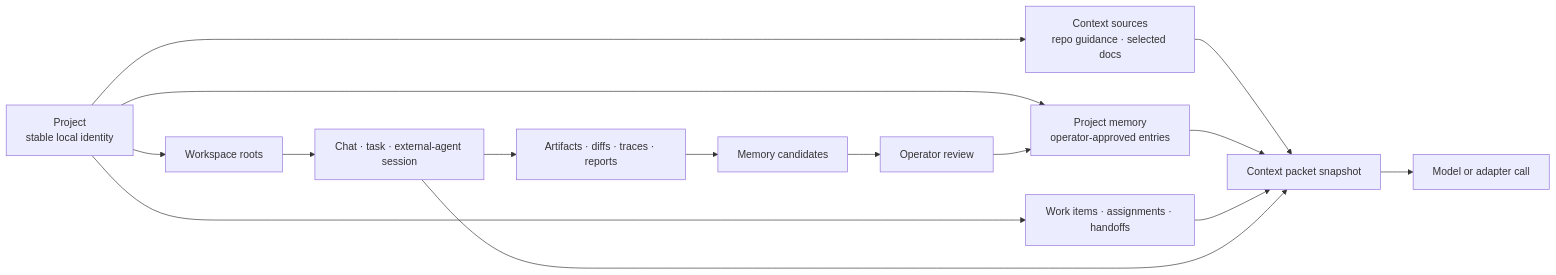
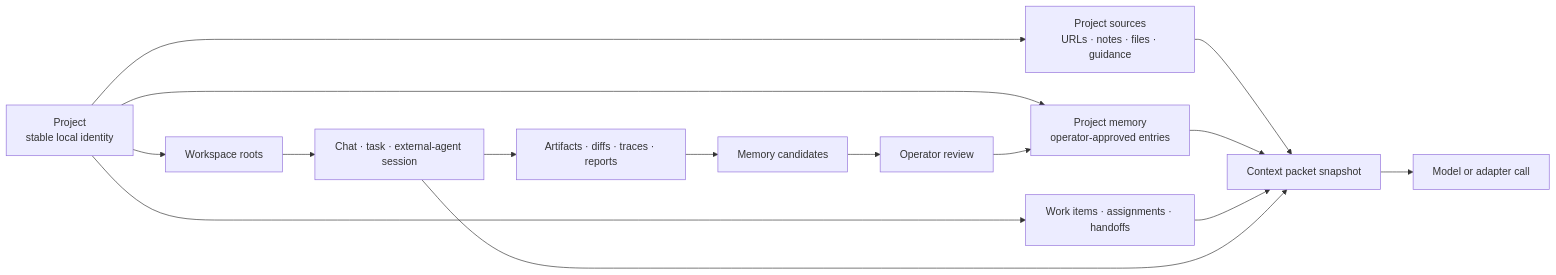
One commit to hecatehq/hecate changed the second of 2 diagrams in README.md. Above: the diagram before and after it, drawn with Mermaid. The commit also changed other lines of this file and 20 other files, not shown here.

````diff
--- a/README.md
+++ b/README.md
@@ -270,19 +270,19 @@
 ```mermaid
 flowchart LR
     Project["Project<br/>stable local identity"] --> Roots["Workspace roots"]
-    Project --> Sources["Context sources<br/>repo guidance · selected docs"]
+    Project --> Sources["Project sources<br/>URLs · notes · files · guidance"]
     Project --> Memory["Project memory<br/>operator-approved entries"]
     Project --> Work["Work items · assignments · handoffs"]
 
     Roots --> Session["Chat · task · external-agent session"]
     Sources --> Packet["Context packet snapshot"]
     Memory --> Packet
     Work --> Packet
     Session --> Packet
     Packet --> Call["Model or adapter call"]
 
     Session --> Artifacts["Artifacts · diffs · traces · reports"]
     Artifacts --> Candidates["Memory candidates"]
     Candidates --> Approval["Operator review"]
     Approval --> Memory
 ```
````
